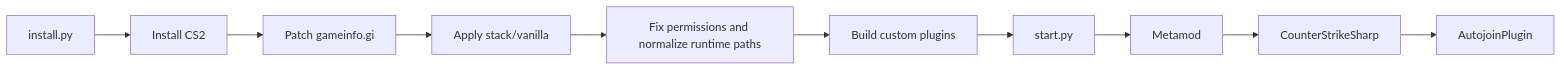
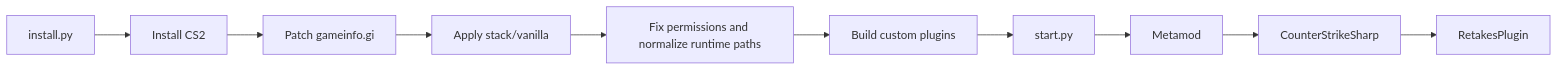
One commit to vinnedev/cs2-linux-server changed the diagram in docs/overview.md. Above: the diagram before and after it, drawn with Mermaid. The commit also changed 42 other files, not shown here.

First line of the commit message:
feat: Update Retakes Plugin with Instant Plant and Instant Defuse features

````diff
--- a/docs/overview.md
+++ b/docs/overview.md
@@ -36,12 +36,12 @@
 ```mermaid
 flowchart LR
     A["install.py"] --> B["Install CS2"]
     B --> C["Patch gameinfo.gi"]
     C --> D["Apply stack/vanilla"]
     D --> E["Fix permissions and normalize runtime paths"]
     E --> F["Build custom plugins"]
     F --> G["start.py"]
     G --> H["Metamod"]
     H --> I["CounterStrikeSharp"]
-    I --> J["AutojoinPlugin"]
+    I --> J["RetakesPlugin"]
 ```
````
